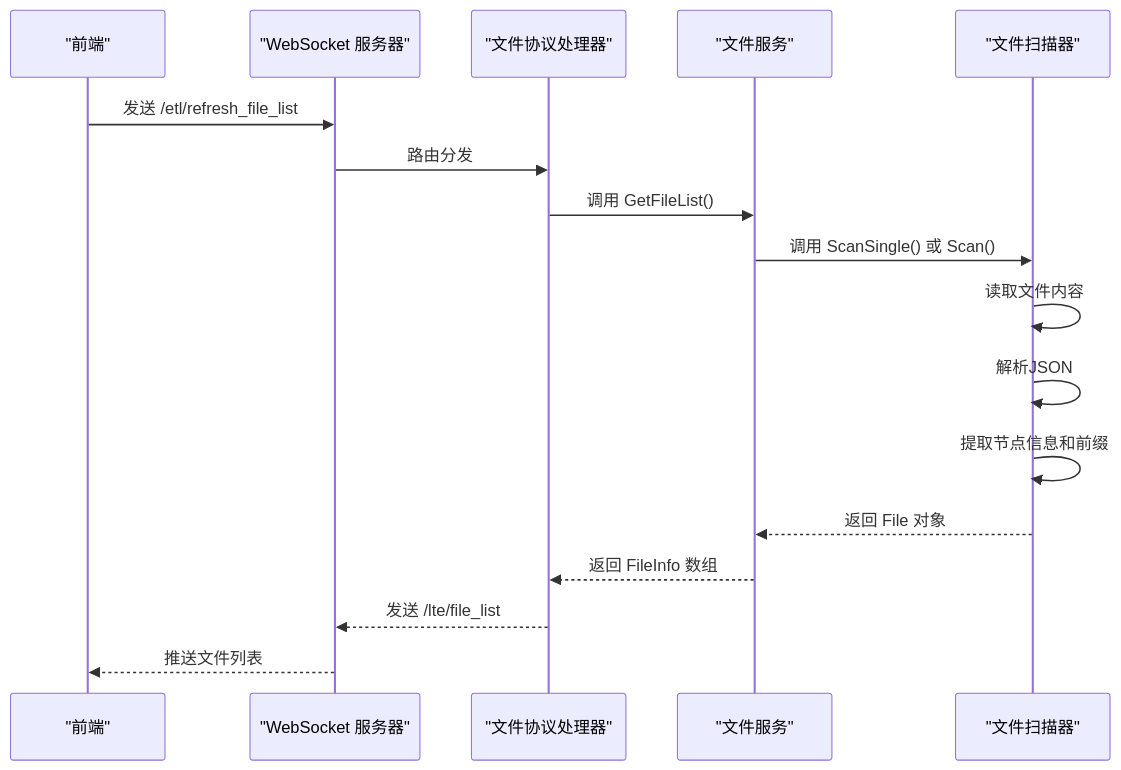
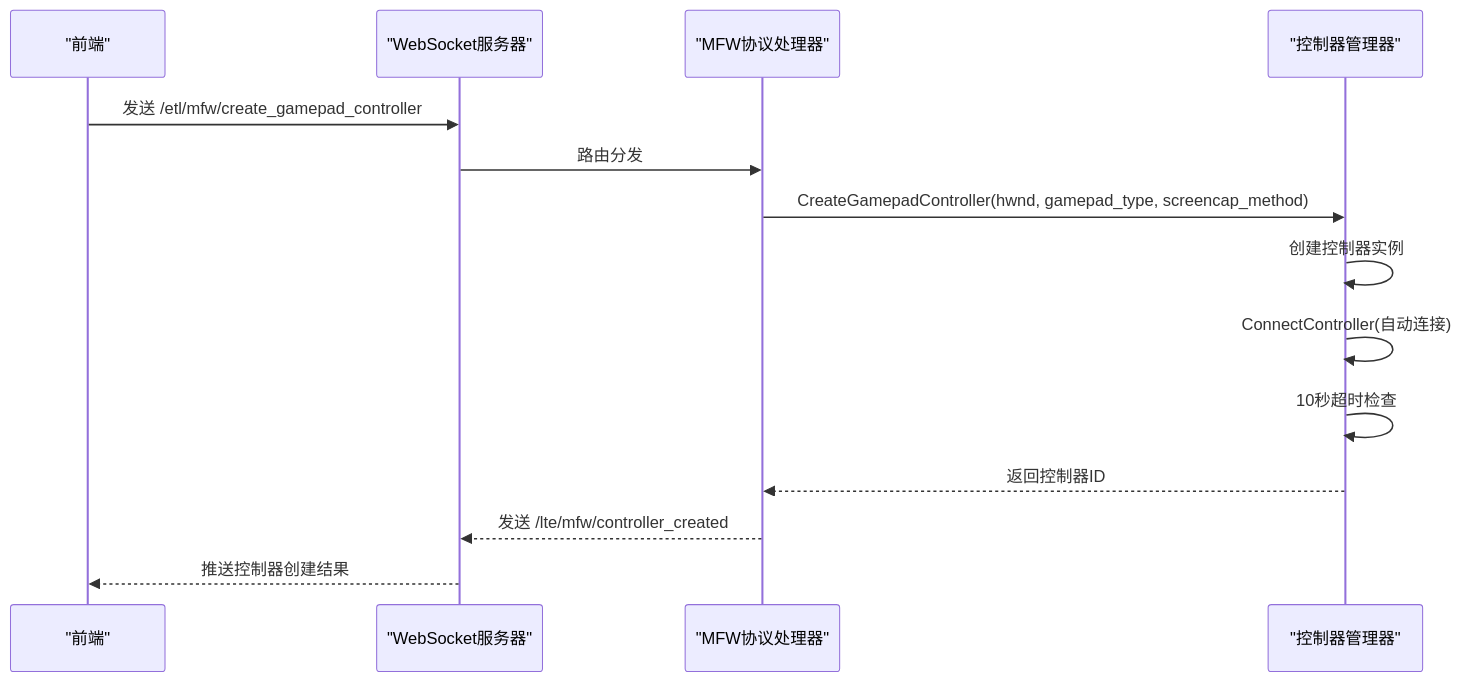
The second of 3 diagrams in .qoder/repowiki/zh/content/开发者指南/LocalBridge 通信协议.md (kqcoxn/MaaPipelineEditor), drawn with Mermaid before and after one commit. The commit also changed other lines of this file and 10 other files, not shown here.

````diff
--- a/.qoder/repowiki/zh/content/开发者指南/LocalBridge 通信协议.md
+++ b/.qoder/repowiki/zh/content/开发者指南/LocalBridge 通信协议.md
@@ -120,19 +134,16 @@
 ```mermaid
 sequenceDiagram
 participant FE as "前端"
-participant WS as "WebSocket 服务器"
-participant FH as "文件协议处理器"
-participant FS as "文件服务"
-participant SC as "文件扫描器"
-FE->>WS : 发送 /etl/refresh_file_list
-WS->>FH : 路由分发
-FH->>FS : 调用 GetFileList()
-FS->>SC : 调用 ScanSingle() 或 Scan()
-SC->>SC : 读取文件内容
-SC->>SC : 解析JSON
-SC->>SC : 提取节点信息和前缀
-SC-->>FS : 返回 File 对象
-FS-->>FH : 返回 FileInfo 数组
-FH-->>WS : 发送 /lte/file_list
-WS-->>FE : 推送文件列表
+participant WS as "WebSocket服务器"
+participant MFWH as "MFW协议处理器"
+participant CM as "控制器管理器"
+FE->>WS : 发送 /etl/mfw/create_gamepad_controller
+WS->>MFWH : 路由分发
+MFWH->>CM : CreateGamepadController(hwnd, gamepad_type, screencap_method)
+CM->>CM : 创建控制器实例
+CM->>CM : ConnectController(自动连接)
+CM->>CM : 10秒超时检查
+CM-->>MFWH : 返回控制器ID
+MFWH-->>WS : 发送 /lte/mfw/controller_created
+WS-->>FE : 推送控制器创建结果
 ```
````
